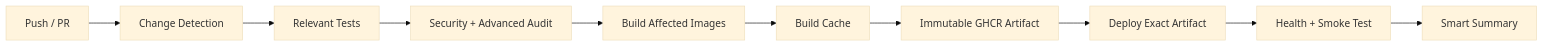
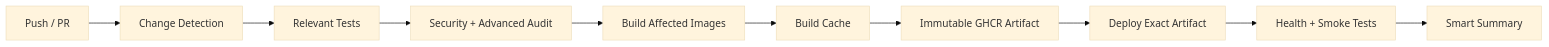
Before and after one commit to SaifulHaqueNiloy/supremeai: the seventh of 8 diagrams in README.md, drawn with Mermaid (base theme). The commit also changed other lines of this file, not shown here.

Commit message:
docs: add SupremeAI constitution and complete service architecture guide

````diff
--- a/README.md
+++ b/README.md
@@ -538,15 +759,12 @@
 ```mermaid
 flowchart LR
-    PUSH[Push / PR]
-    CHANGE[Change Detection]
-    TEST[Relevant Tests]
-    SEC[Security + Advanced Audit]
-    BUILD[Build Affected Images]
-    CACHE[Build Cache]
-    GHCR[Immutable GHCR Artifact]
-    DEPLOY[Deploy Exact Artifact]
-    HEALTH[Health + Smoke Test]
-    SUM[Smart Summary]
-
-    PUSH --> CHANGE --> TEST --> SEC --> BUILD --> CACHE --> GHCR --> DEPLOY --> HEALTH --> SUM
+    PUSH[Push / PR] --> CHANGE[Change Detection]
+    CHANGE --> TEST[Relevant Tests]
+    TEST --> SEC[Security + Advanced Audit]
+    SEC --> BUILD[Build Affected Images]
+    BUILD --> CACHE[Build Cache]
+    CACHE --> GHCR[Immutable GHCR Artifact]
+    GHCR --> DEPLOY[Deploy Exact Artifact]
+    DEPLOY --> HEALTH[Health + Smoke Tests]
+    HEALTH --> SUM[Smart Summary]
 ```
````
